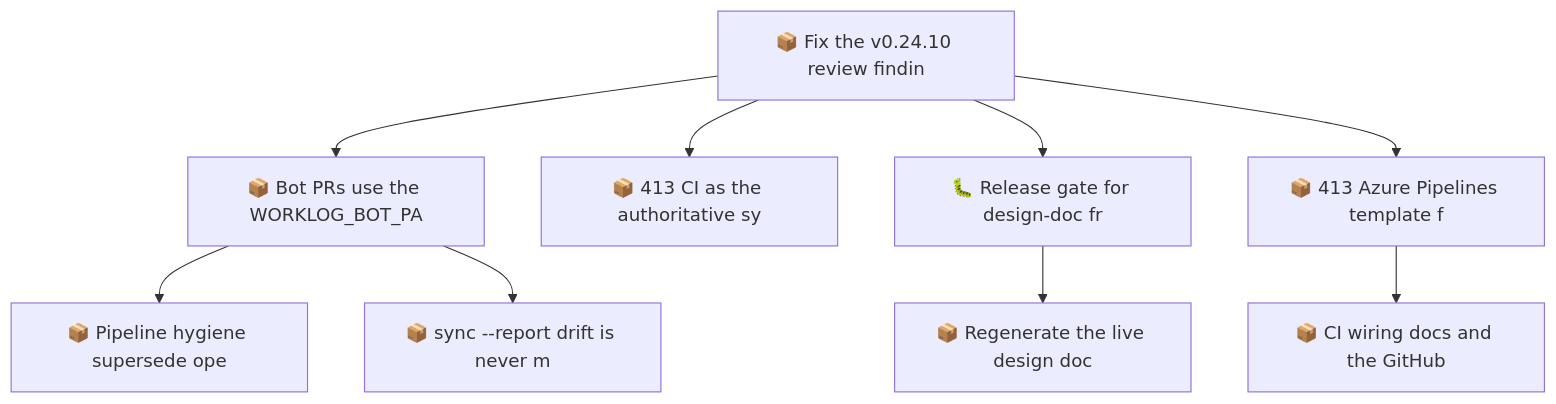
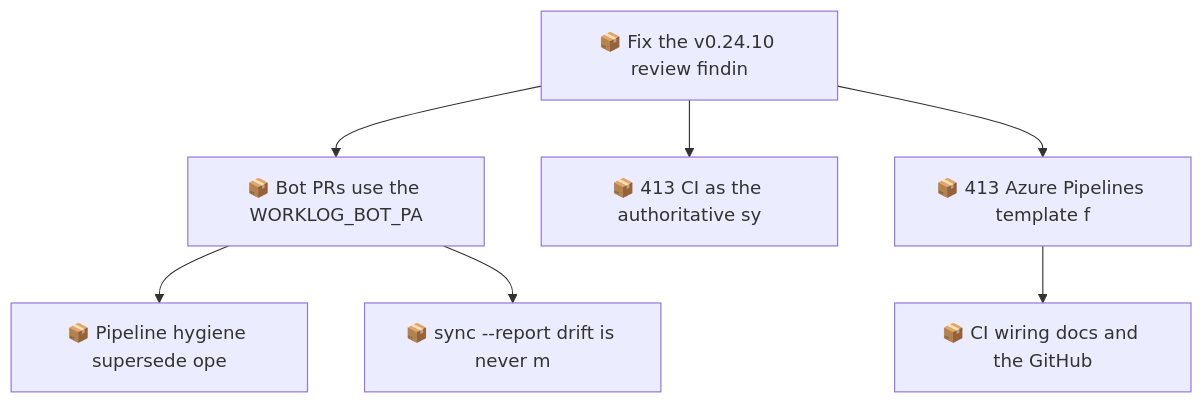
Before and after one commit to SpillwaveSolutions/wiki_ticket_sdd: the second of 2 diagrams in docs/roadmap.md, drawn with Mermaid. The commit also changed other lines of this file and 8 other files, not shown here.

Commit message:
docs(designs): close the freshness items after regeneration (01M2XCWMVEH3XFP2VPS9JBD6XQ)

````diff
--- a/docs/roadmap.md
+++ b/docs/roadmap.md
@@ -78,20 +66,16 @@
 ```mermaid
 graph TD
     01M2XCWMV0QYM4ZRBWN1V1327B["📦 Fix the v0.24.10 review findin"]
     01M2XCWMVEH3XFP2VPS9JBD6XF["📦 Bot PRs use the WORKLOG_BOT_PA"]
     01M2XCWMVEH3XFP2VPS9JBD6XH["📦 Pipeline hygiene supersede ope"]
     01M2XCWMVEH3XFP2VPS9JBD6XK["📦 sync --report drift is never m"]
     01M2XCWMVEH3XFP2VPS9JBD6XN["📦 413 CI as the authoritative sy"]
-    01M2XCWMVEH3XFP2VPS9JBD6XQ["🐛 Release gate for design-doc fr"]
-    01M2XCWMVEH3XFP2VPS9JBD6XS["📦 Regenerate the live design doc"]
     01M2XCWMVEH3XFP2VPS9JBD6XV["📦 413 Azure Pipelines template f"]
     01M2XCWMVEH3XFP2VPS9JBD6XX["📦 CI wiring docs and the GitHub"]
     01M2XCWMV0QYM4ZRBWN1V1327B --> 01M2XCWMVEH3XFP2VPS9JBD6XF
     01M2XCWMVEH3XFP2VPS9JBD6XF --> 01M2XCWMVEH3XFP2VPS9JBD6XH
     01M2XCWMVEH3XFP2VPS9JBD6XF --> 01M2XCWMVEH3XFP2VPS9JBD6XK
     01M2XCWMV0QYM4ZRBWN1V1327B --> 01M2XCWMVEH3XFP2VPS9JBD6XN
-    01M2XCWMV0QYM4ZRBWN1V1327B --> 01M2XCWMVEH3XFP2VPS9JBD6XQ
-    01M2XCWMVEH3XFP2VPS9JBD6XQ --> 01M2XCWMVEH3XFP2VPS9JBD6XS
     01M2XCWMV0QYM4ZRBWN1V1327B --> 01M2XCWMVEH3XFP2VPS9JBD6XV
     01M2XCWMVEH3XFP2VPS9JBD6XV --> 01M2XCWMVEH3XFP2VPS9JBD6XX
 ```
````
